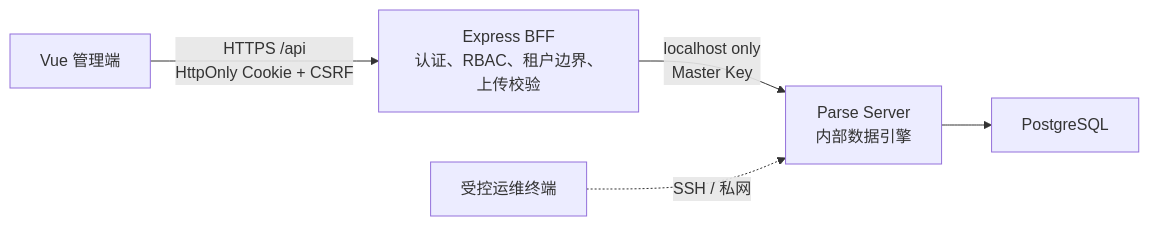
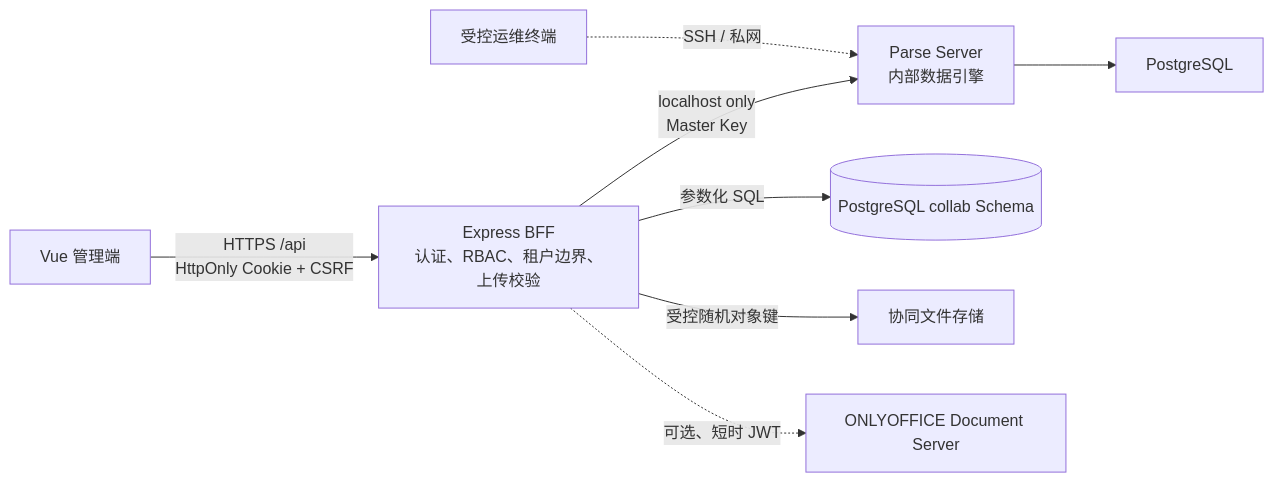
One commit to shumian916210547/admin_server changed the diagram in docs/architecture.md. Above: the diagram before and after it, drawn with Mermaid. The commit also changed other lines of this file and 24 other files, not shown here.

````diff
--- a/docs/architecture.md
+++ b/docs/architecture.md
@@ -5,7 +5,10 @@
 ```mermaid
 flowchart LR
   Browser["Vue 管理端"] -->|"HTTPS /api\nHttpOnly Cookie + CSRF"| BFF["Express BFF\n认证、RBAC、租户边界、上传校验"]
   BFF -->|"localhost only\nMaster Key"| Parse["Parse Server\n内部数据引擎"]
   Parse --> PostgreSQL["PostgreSQL"]
+  BFF -->|"参数化 SQL"| CollabDB[("PostgreSQL collab Schema")]
+  BFF -->|"受控随机对象键"| CollabFiles["协同文件存储"]
+  BFF -. "可选、短时 JWT" .-> Office["ONLYOFFICE Document Server"]
   Admin["受控运维终端"] -. "SSH / 私网" .-> Parse
 ```
````
